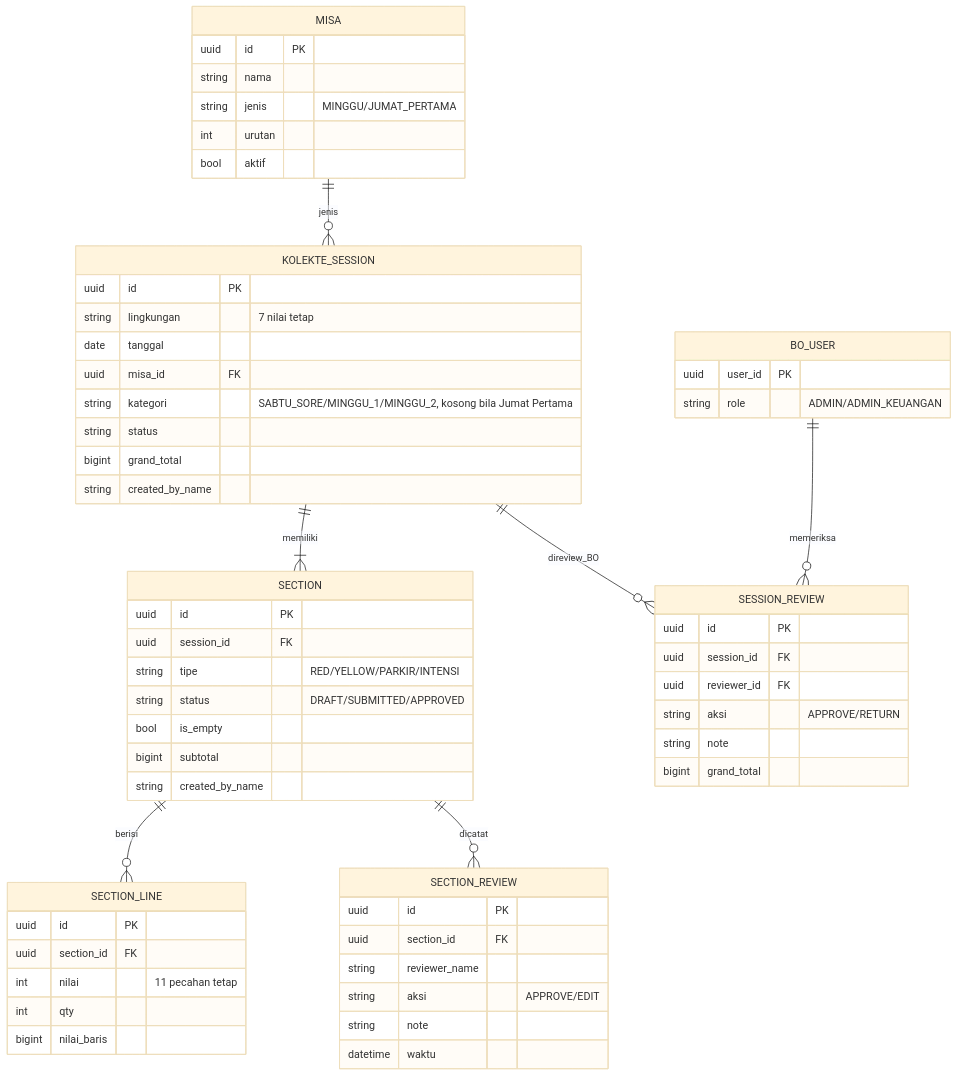
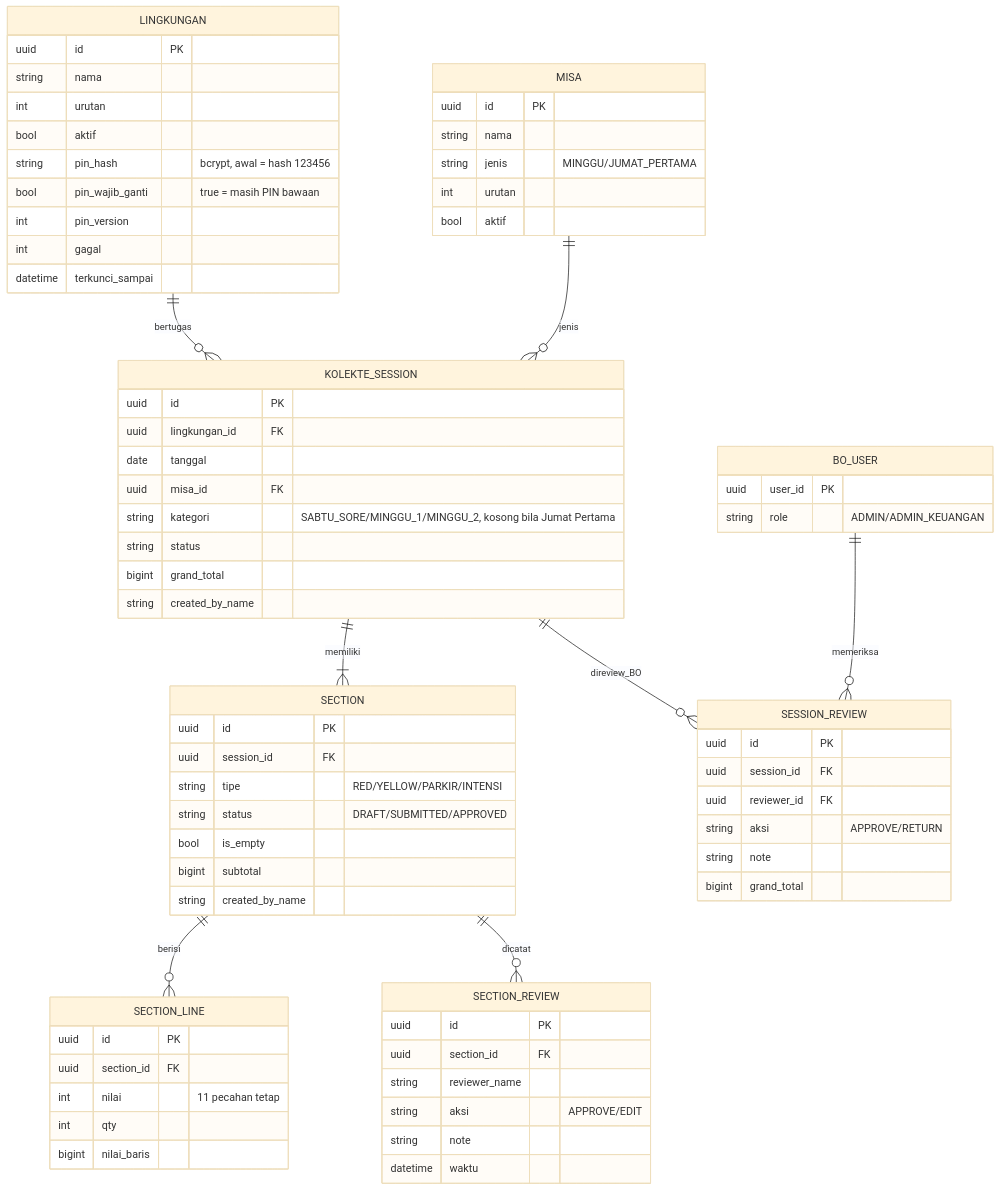
One commit to vicaanne2014/kolekte.ygp changed diagram 11 of 12 in docs/PRD_Sistem_Kolekte.md. Above: the diagram before and after it, drawn with Mermaid (base theme). The commit also changed other lines of this file and 21 other files, not shown here.

First line of the commit message:
Login PWA lingkungan + PIN, Lingkungan jadi master CRUD, laporan per lingkungan

````diff
--- a/docs/PRD_Sistem_Kolekte.md
+++ b/docs/PRD_Sistem_Kolekte.md
@@ -382,49 +412,59 @@
 ```mermaid
 erDiagram
+    LINGKUNGAN ||--o{ KOLEKTE_SESSION : bertugas
     MISA ||--o{ KOLEKTE_SESSION : jenis
     KOLEKTE_SESSION ||--|{ SECTION : memiliki
     SECTION ||--o{ SECTION_LINE : berisi
     SECTION ||--o{ SECTION_REVIEW : dicatat
     KOLEKTE_SESSION ||--o{ SESSION_REVIEW : direview_BO
     BO_USER ||--o{ SESSION_REVIEW : memeriksa
 
+    LINGKUNGAN { uuid id PK
+      string nama
+      int urutan
+      bool aktif
+      string pin_hash "bcrypt, awal = hash 123456"
+      bool pin_wajib_ganti "true = masih PIN bawaan"
+      int pin_version
+      int gagal
+      datetime terkunci_sampai }
     MISA { uuid id PK
       string nama
       string jenis "MINGGU/JUMAT_PERTAMA"
       int urutan
       bool aktif }
     KOLEKTE_SESSION { uuid id PK
-      string lingkungan "7 nilai tetap"
+      uuid lingkungan_id FK
       date tanggal
       uuid misa_id FK
       string kategori "SABTU_SORE/MINGGU_1/MINGGU_2, kosong bila Jumat Pertama"
       string status
       bigint grand_total
       string created_by_name }
     SECTION { uuid id PK
       uuid session_id FK
       string tipe "RED/YELLOW/PARKIR/INTENSI"
       string status "DRAFT/SUBMITTED/APPROVED"
       bool is_empty
       bigint subtotal
       string created_by_name }
     SECTION_LINE { uuid id PK
       uuid section_id FK
       int nilai "11 pecahan tetap"
       int qty
       bigint nilai_baris }
     SECTION_REVIEW { uuid id PK
       uuid section_id FK
       string reviewer_name
       string aksi "APPROVE/EDIT"
       string note
       datetime waktu }
     SESSION_REVIEW { uuid id PK
       uuid session_id FK
       uuid reviewer_id FK
       string aksi "APPROVE/RETURN"
       string note
       bigint grand_total }
     BO_USER { uuid user_id PK
       string role "ADMIN/ADMIN_KEUANGAN" }
 ```
````
